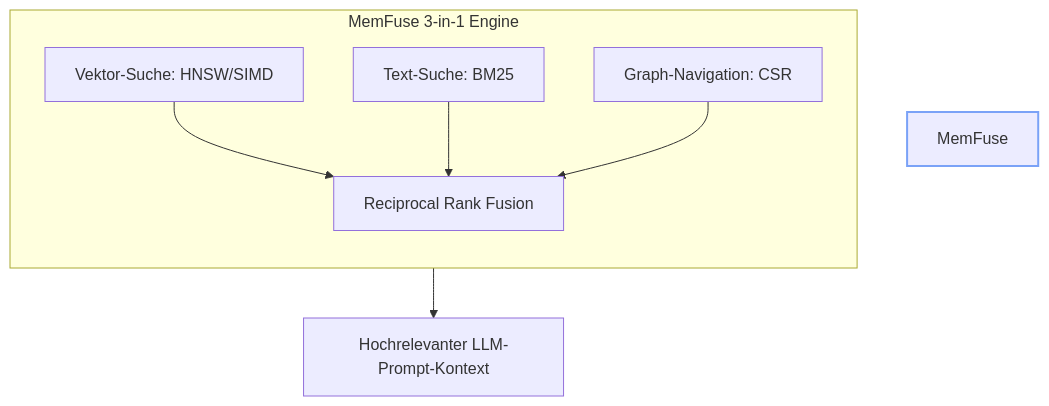
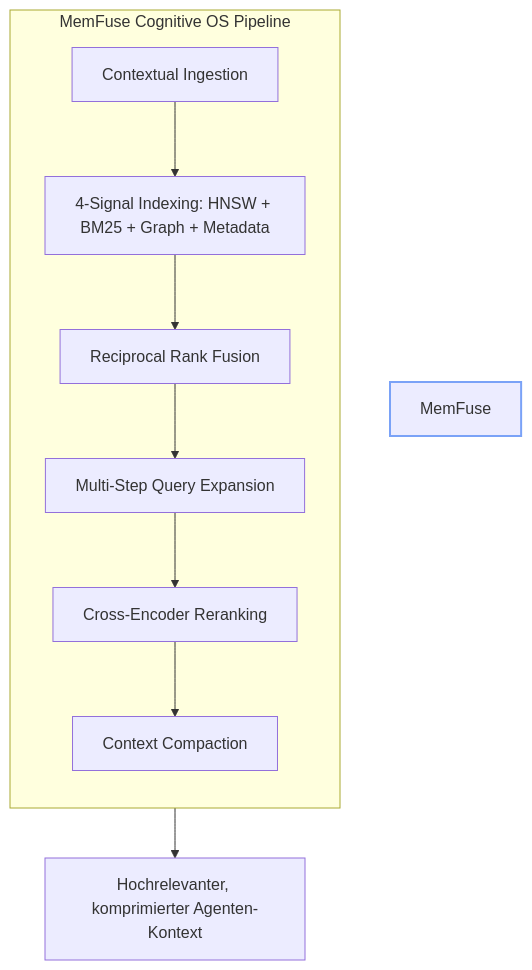
Before and after one commit to tfufuz1/memfuse: the diagram in docs/memfuse_strategic_roadmap.md, drawn with Mermaid. The commit also changed other lines of this file and 4 other files, not shown here.

````diff
--- a/docs/memfuse_strategic_roadmap.md
+++ b/docs/memfuse_strategic_roadmap.md
@@ -20,12 +19,14 @@
 ```mermaid
 graph TD
-    subgraph MemFuse 3-in-1 Engine
+    subgraph MemFuse Cognitive OS Pipeline
         direction TB
-        V[Vektor-Suche: HNSW/SIMD] --> RRF[Reciprocal Rank Fusion]
-        T[Text-Suche: BM25] --> RRF
-        G[Graph-Navigation: CSR] --> RRF
+        CI[Contextual Ingestion] --> SI[4-Signal Indexing: HNSW + BM25 + Graph + Metadata]
+        SI --> RRF[Reciprocal Rank Fusion]
+        RRF --> MSE[Multi-Step Query Expansion]
+        MSE --> CE[Cross-Encoder Reranking]
+        CE --> CC[Context Compaction]
     end
-    RRF --> Context[Hochrelevanter LLM-Prompt-Kontext]
+    CC --> Context[Hochrelevanter, komprimierter Agenten-Kontext]
     
-    style MemFuse 3-in-1 Engine fill:#1a1b26,stroke:#7aa2f7,stroke-width:2px;
+    style MemFuse Cognitive OS Pipeline fill:#1a1b26,stroke:#7aa2f7,stroke-width:2px;
 ```
````
